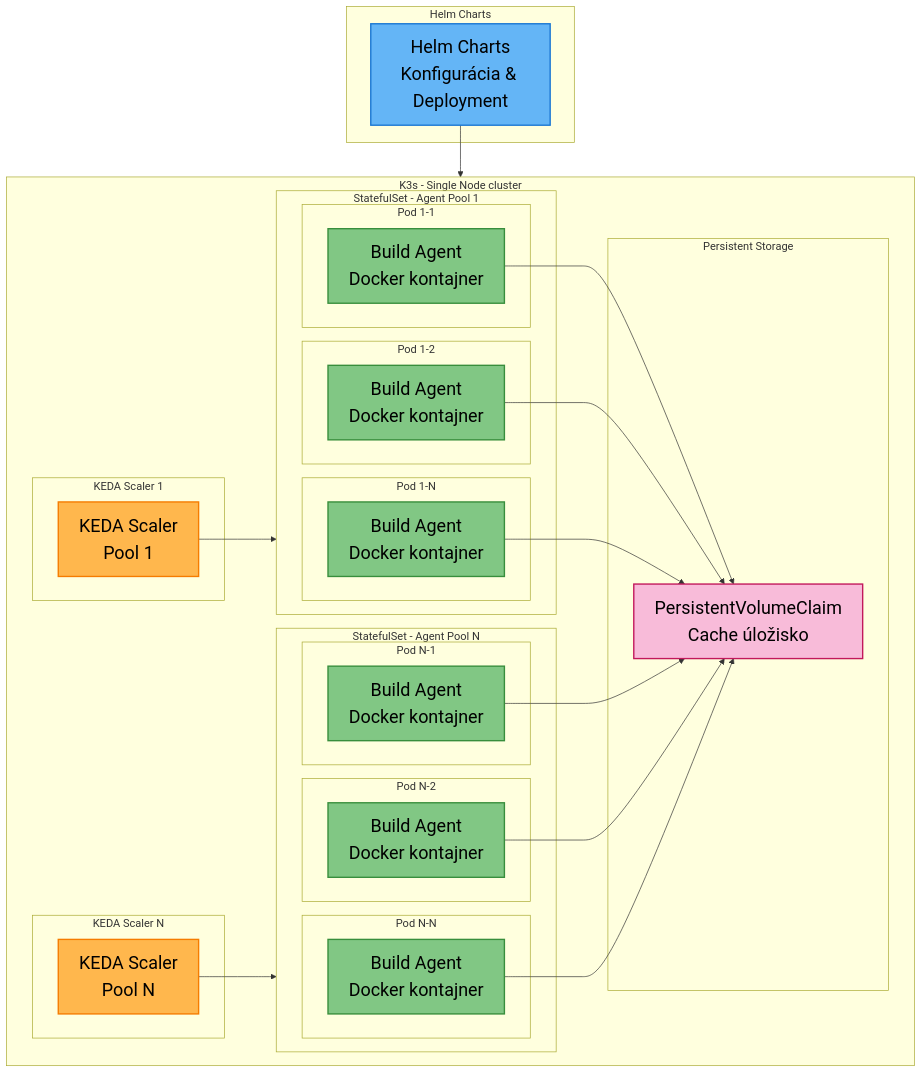
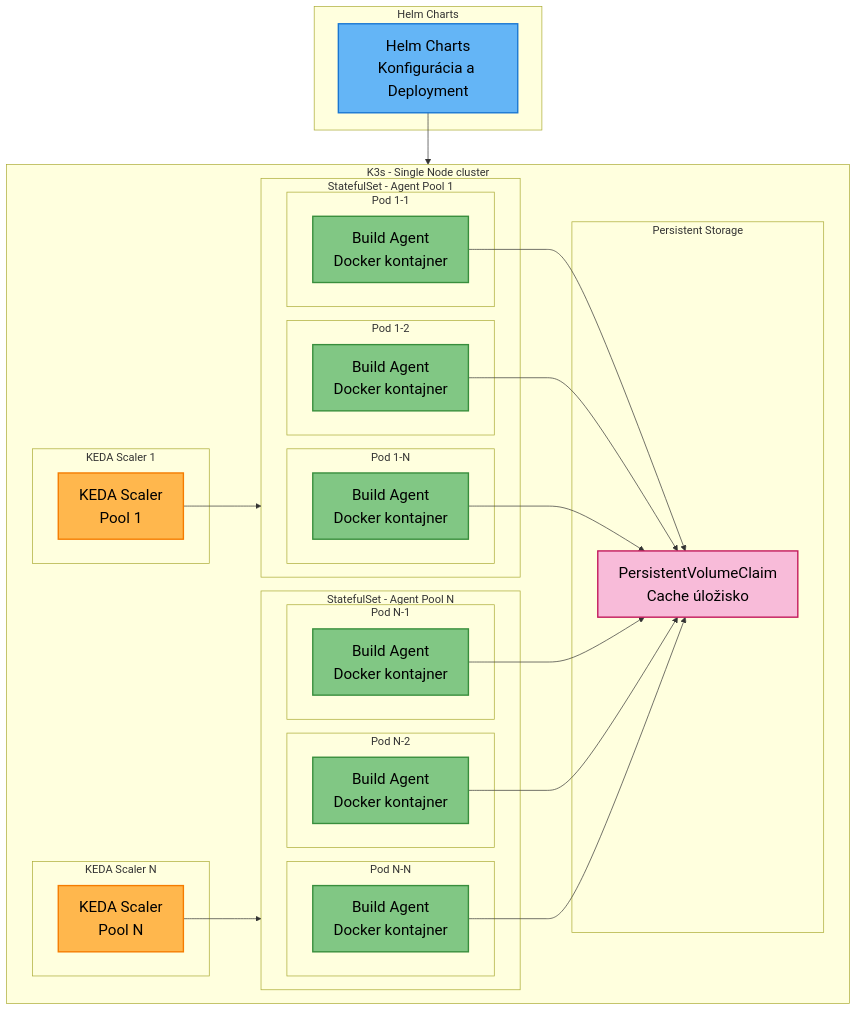
One commit to motycak/kros-sk.github.io changed the first of 2 diagrams in linuxmachine/user-documentation.md. Above: the diagram before and after it, drawn with Mermaid.

````diff
--- a/linuxmachine/user-documentation.md
+++ b/linuxmachine/user-documentation.md
@@ -39,66 +39,66 @@
 ```mermaid
 graph TB
     subgraph K3s[K3s - Single Node cluster]
         subgraph "KEDA Scaler 1"
             KEDA_SCALER1[KEDA Scaler<br/>Pool 1]
         end
         
         subgraph "KEDA Scaler N"
             KEDA_SCALERN[KEDA Scaler<br/>Pool N]
         end
         
         subgraph STATEFULSET_POOL1["StatefulSet - Agent Pool 1"]
             subgraph "Pod 1-1"
                 AGENT1_1[Build Agent<br/>Docker kontajner]
             end
             subgraph "Pod 1-2"
                 AGENT1_2[Build Agent<br/>Docker kontajner]
             end
             subgraph "Pod 1-N"
                 AGENT1_N[Build Agent<br/>Docker kontajner]
             end
         end
         
         subgraph STATEFULSET_POOLN["StatefulSet - Agent Pool N"]
             subgraph "Pod N-1"
                 AGENTN_1[Build Agent<br/>Docker kontajner]
             end
             subgraph "Pod N-2"
                 AGENTN_2[Build Agent<br/>Docker kontajner]
             end
             subgraph "Pod N-N"
                 AGENTN_N[Build Agent<br/>Docker kontajner]
             end
         end
         
         subgraph "Persistent Storage"
             PVC[PersistentVolumeClaim<br/>Cache úložisko]
         end
     end
     
     subgraph "Helm Charts"
-        HELM[Helm Charts<br/>Konfigurácia & Deployment]
+        HELM[Helm Charts<br/>Konfigurácia a Deployment]
     end
     
     KEDA_SCALER1 --> STATEFULSET_POOL1
     KEDA_SCALERN --> STATEFULSET_POOLN
     
     HELM --> K3s
     
     AGENT1_1 --> PVC
     AGENT1_2 --> PVC
     AGENT1_N --> PVC
     AGENTN_1 --> PVC
     AGENTN_2 --> PVC
     AGENTN_N --> PVC
     
-    classDef keda fill:#ffb74d,stroke:#f57c00,stroke-width:2px,color:#000,font-size:26px
-    classDef k8s fill:#81c784,stroke:#388e3c,stroke-width:2px,color:#000,font-size:26px
-    classDef helm fill:#64b5f6,stroke:#1976d2,stroke-width:2px,color:#000,font-size:26px
-    classDef storage fill:#f8bbd9,stroke:#c2185b,stroke-width:2px,color:#000,font-size:26px
+    classDef keda fill:#ffb74d,stroke:#f57c00,stroke-width:2px,color:#000,font-size:22px
+    classDef k8s fill:#81c784,stroke:#388e3c,stroke-width:2px,color:#000,font-size:22px
+    classDef helm fill:#64b5f6,stroke:#1976d2,stroke-width:2px,color:#000,font-size:22px
+    classDef storage fill:#f8bbd9,stroke:#c2185b,stroke-width:2px,color:#000,font-size:22px
     
     class KEDA_SCALER1,KEDA_SCALERN keda
     class AGENT1_1,AGENT1_2,AGENT1_N,AGENTN_1,AGENTN_2,AGENTN_N k8s
     class HELM helm
     class PVC storage
 ```
````
